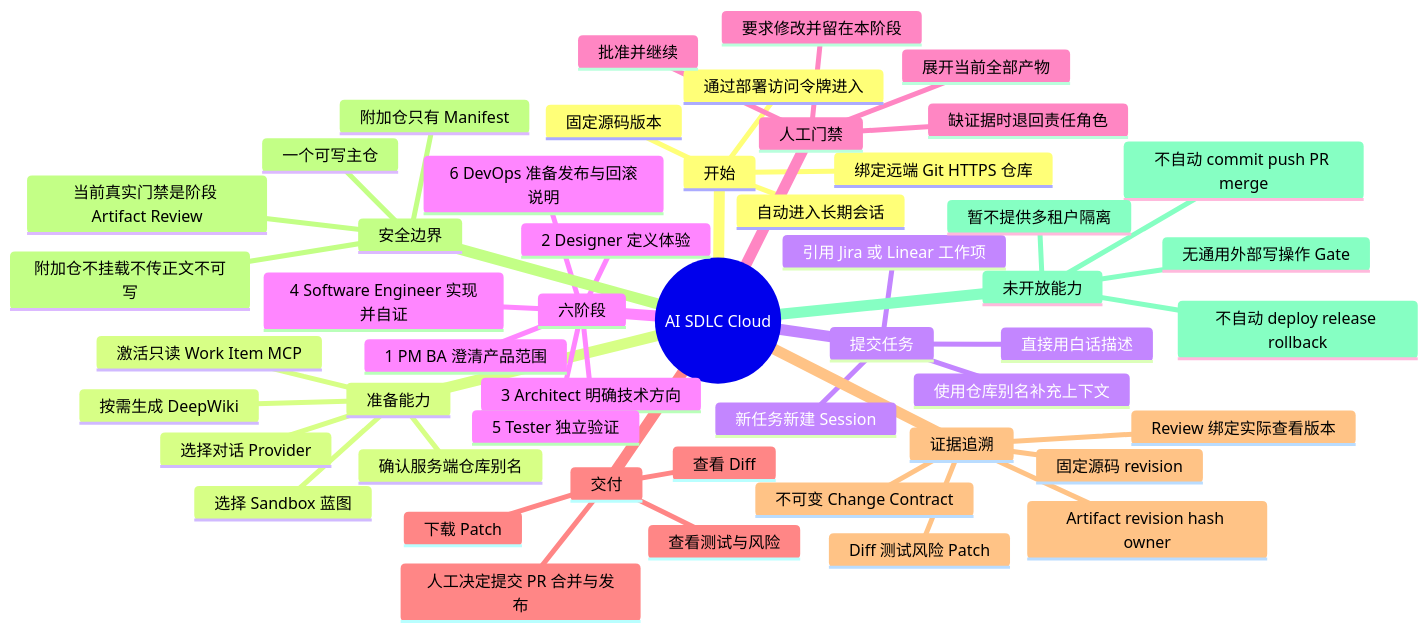
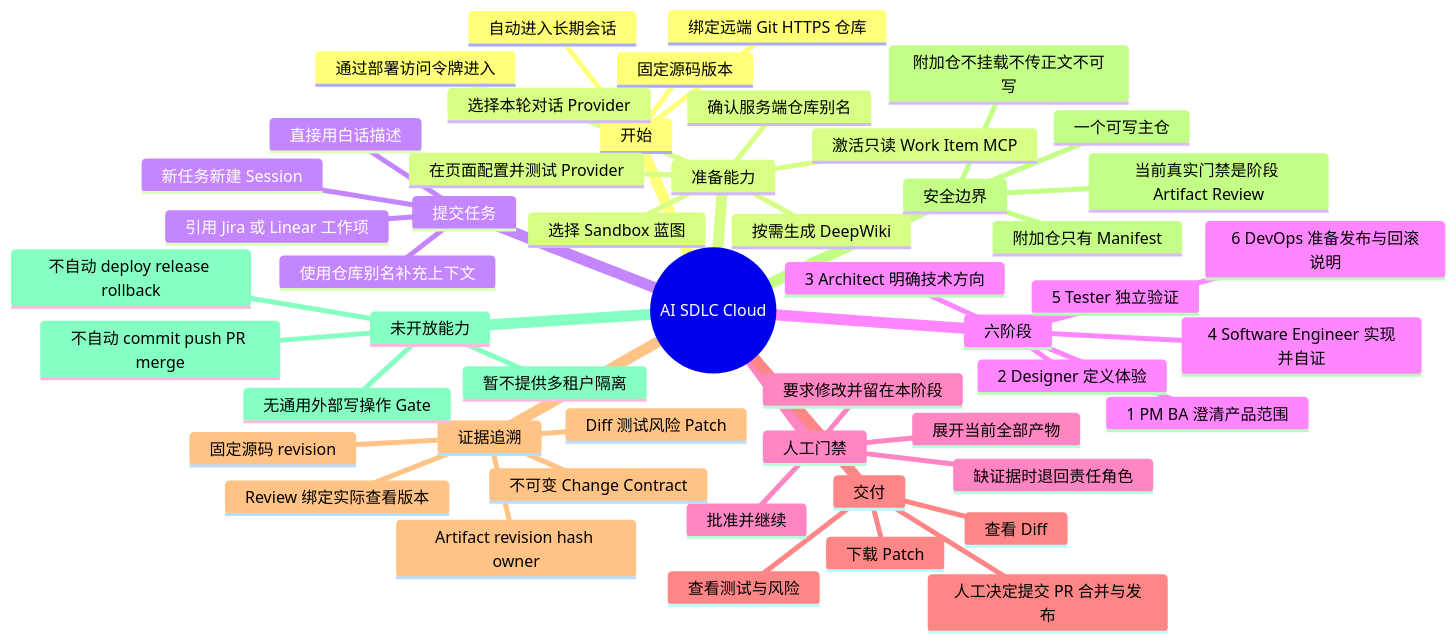
Before and after one commit to davych/agents-instruction: the first of 2 diagrams in platform/docs/business-flow/README.md, drawn with Mermaid. The commit also changed other lines of this file and 42 other files, not shown here.

````diff
--- a/platform/docs/business-flow/README.md
+++ b/platform/docs/business-flow/README.md
@@ -15,53 +15,54 @@
 ```mermaid
 mindmap
   root((AI SDLC Cloud))
     开始
       通过部署访问令牌进入
       绑定远端 Git HTTPS 仓库
       固定源码版本
       自动进入长期会话
     准备能力
       确认服务端仓库别名
-      选择对话 Provider
+      在页面配置并测试 Provider
+      选择本轮对话 Provider
       选择 Sandbox 蓝图
       激活只读 Work Item MCP
       按需生成 DeepWiki
     提交任务
       直接用白话描述
       引用 Jira 或 Linear 工作项
       使用仓库别名补充上下文
       新任务新建 Session
     六阶段
       1 PM BA 澄清产品范围
       2 Designer 定义体验
       3 Architect 明确技术方向
       4 Software Engineer 实现并自证
       5 Tester 独立验证
       6 DevOps 准备发布与回滚说明
     人工门禁
       展开当前全部产物
       批准并继续
       要求修改并留在本阶段
       缺证据时退回责任角色
     交付
       查看 Diff
       查看测试与风险
       下载 Patch
       人工决定提交 PR 合并与发布
     证据追溯
       固定源码 revision
       不可变 Change Contract
       Artifact revision hash owner
       Review 绑定实际查看版本
       Diff 测试风险 Patch
     安全边界
       一个可写主仓
       附加仓只有 Manifest
       附加仓不挂载不传正文不可写
       当前真实门禁是阶段 Artifact Review
     未开放能力
       无通用外部写操作 Gate
       不自动 commit push PR merge
       不自动 deploy release rollback
       暂不提供多租户隔离
 ```
````
